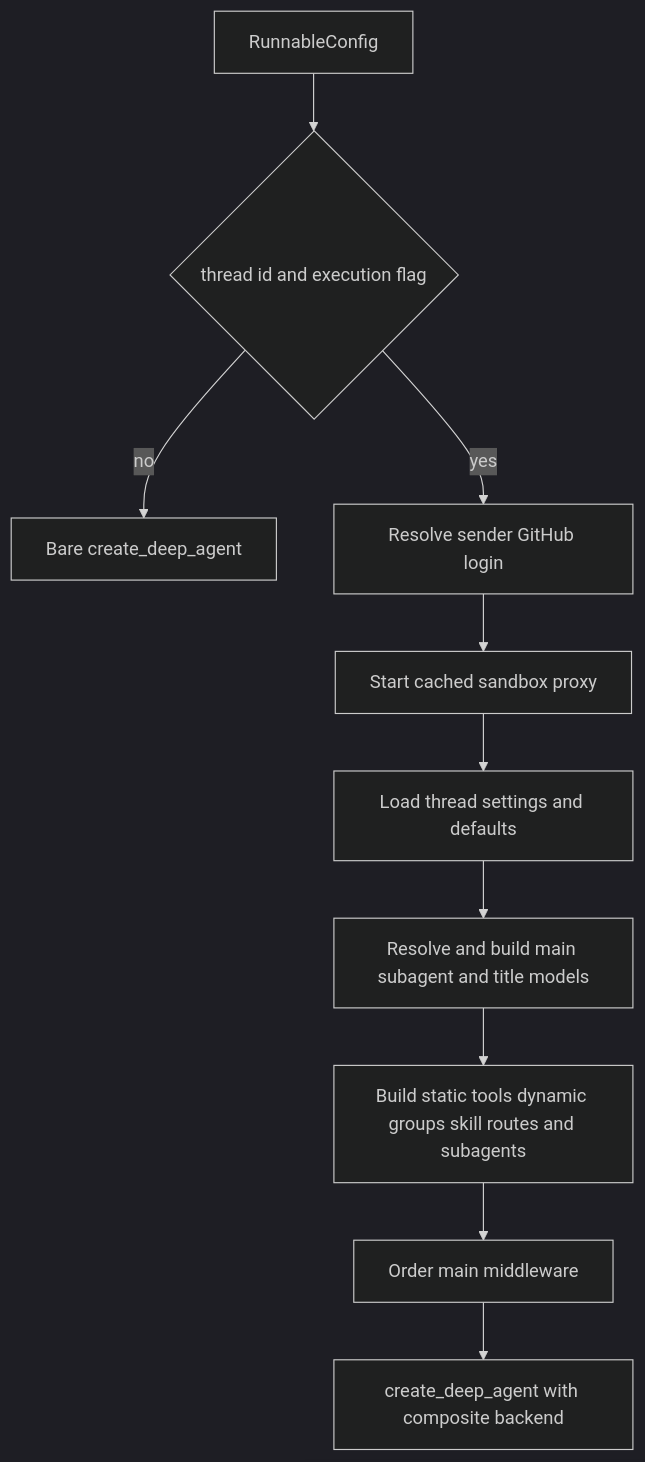
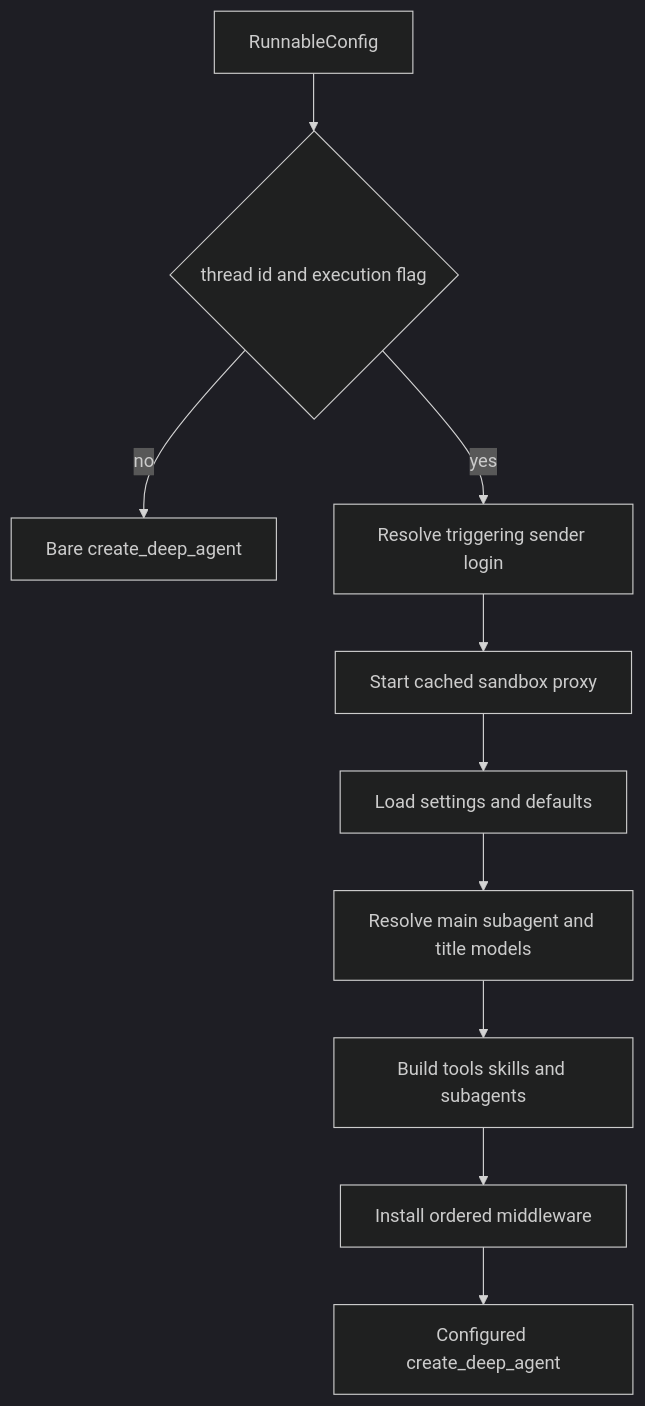
One commit to langchain-ai/open-swe changed the second of 2 diagrams in openwiki/architecture/agent-graph.md. Above: the diagram before and after it, drawn with Mermaid (dark theme). The commit also changed other lines of this file and 21 other files, not shown here.

````diff
--- a/openwiki/architecture/agent-graph.md
+++ b/openwiki/architecture/agent-graph.md
@@ -83,12 +61,12 @@
 ```mermaid
 flowchart TD
     Input["RunnableConfig"] --> Gate{"thread id and execution flag"}
     Gate -- no --> Bare["Bare create_deep_agent"]
-    Gate -- yes --> Identity["Resolve sender GitHub login"]
-    Identity --> Backend["Start cached sandbox proxy"]
-    Backend --> Settings["Load thread settings and defaults"]
-    Settings --> Models["Resolve and build main subagent and title models"]
-    Models --> Surface["Build static tools dynamic groups skill routes and subagents"]
-    Surface --> Stack["Order main middleware"]
-    Stack --> Full["create_deep_agent with composite backend"]
+    Gate -- yes --> Sender["Resolve triggering sender login"]
+    Sender --> Proxy["Start cached sandbox proxy"]
+    Proxy --> Settings["Load settings and defaults"]
+    Settings --> Models["Resolve main subagent and title models"]
+    Models --> Surface["Build tools skills and subagents"]
+    Surface --> Stack["Install ordered middleware"]
+    Stack --> Graph["Configured create_deep_agent"]
 ```
````
